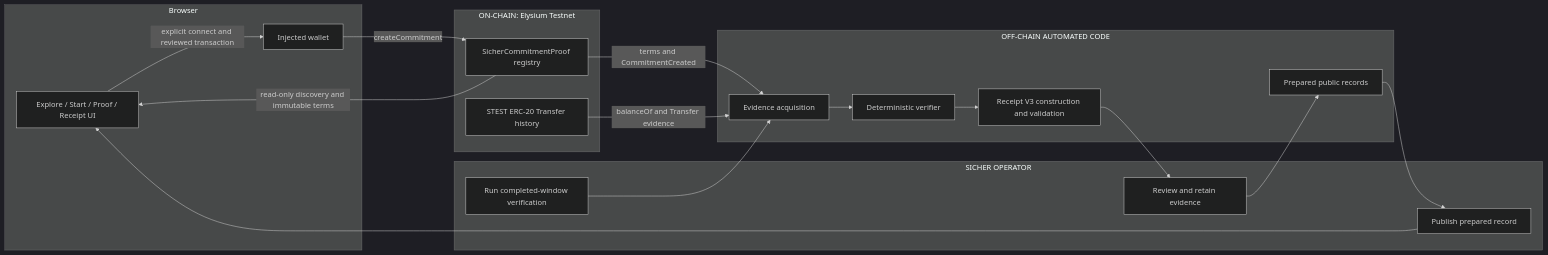
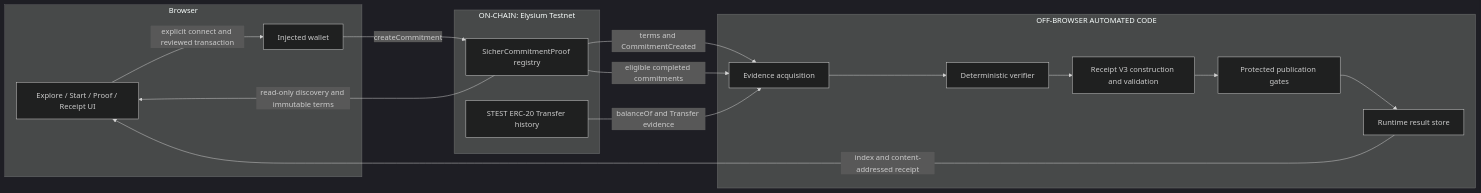
One commit to YakiUdoph/Sicher changed the diagram in docs/ARCHITECTURE.md. Above: the diagram before and after it, drawn with Mermaid (dark theme). The commit also changed other lines of this file and 17 other files, not shown here.

````diff
--- a/docs/ARCHITECTURE.md
+++ b/docs/ARCHITECTURE.md
@@ -9,38 +19,32 @@
 ```mermaid
 flowchart LR
   subgraph Browser[Browser]
     UI[Explore / Start / Proof / Receipt UI]
     Wallet[Injected wallet]
   end
 
   subgraph Chain[ON-CHAIN: Elysium Testnet]
     Registry[SicherCommitmentProof registry]
     Token[STEST ERC-20 Transfer history]
   end
 
-  subgraph Code[OFF-CHAIN AUTOMATED CODE]
+  subgraph Code[OFF-BROWSER AUTOMATED CODE]
     Acquire[Evidence acquisition]
     Verify[Deterministic verifier]
     Receipt[Receipt V3 construction and validation]
-    Prepare[Prepared public records]
-  end
-
-  subgraph Operator[SICHER OPERATOR]
-    Run[Run completed-window verification]
-    Review[Review and retain evidence]
-    Publish[Publish prepared record]
+    Gate[Protected publication gates]
+    Publish[Runtime result store]
   end
 
   UI -->|explicit connect and reviewed transaction| Wallet
   Wallet -->|createCommitment| Registry
   Registry -->|read-only discovery and immutable terms| UI
   Registry -->|terms and CommitmentCreated| Acquire
   Token -->|balanceOf and Transfer evidence| Acquire
-  Run --> Acquire
+  Registry -->|eligible completed commitments| Acquire
   Acquire --> Verify
   Verify --> Receipt
-  Receipt --> Review
-  Review --> Prepare
-  Prepare --> Publish
-  Publish --> UI
+  Receipt --> Gate
+  Gate --> Publish
+  Publish -->|index and content-addressed receipt| UI
 ```
````
